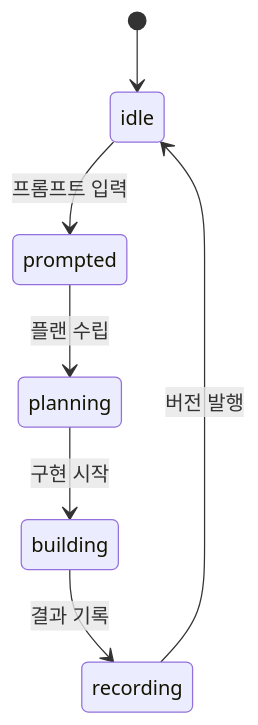
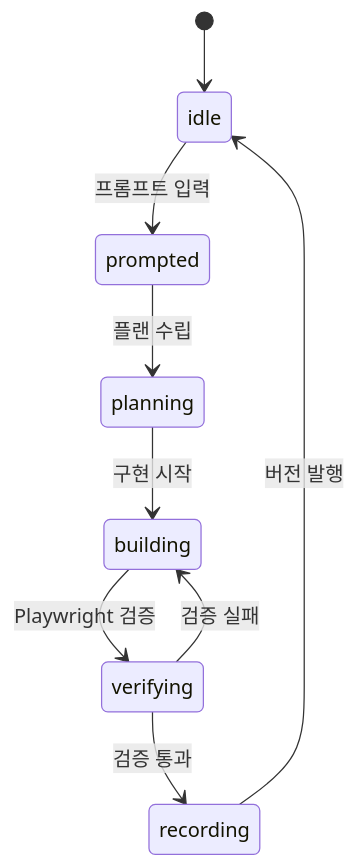
One commit to psmon/harness-claude-code changed the second of 17 diagrams in design/architecture.md. Above: the diagram before and after it, drawn with Mermaid. The commit also changed other lines of this file and 11 other files, not shown here.

Commit message:
v0.0.5 - Playwright 검증 워크플로우 추가

````diff
--- a/design/architecture.md
+++ b/design/architecture.md
@@ -26,9 +26,11 @@
 ```mermaid
 stateDiagram-v2
   [*] --> idle
   idle --> prompted: 프롬프트 입력
   prompted --> planning: 플랜 수립
   planning --> building: 구현 시작
-  building --> recording: 결과 기록
+  building --> verifying: Playwright 검증
+  verifying --> building: 검증 실패
+  verifying --> recording: 검증 통과
   recording --> idle: 버전 발행
 ```
````
